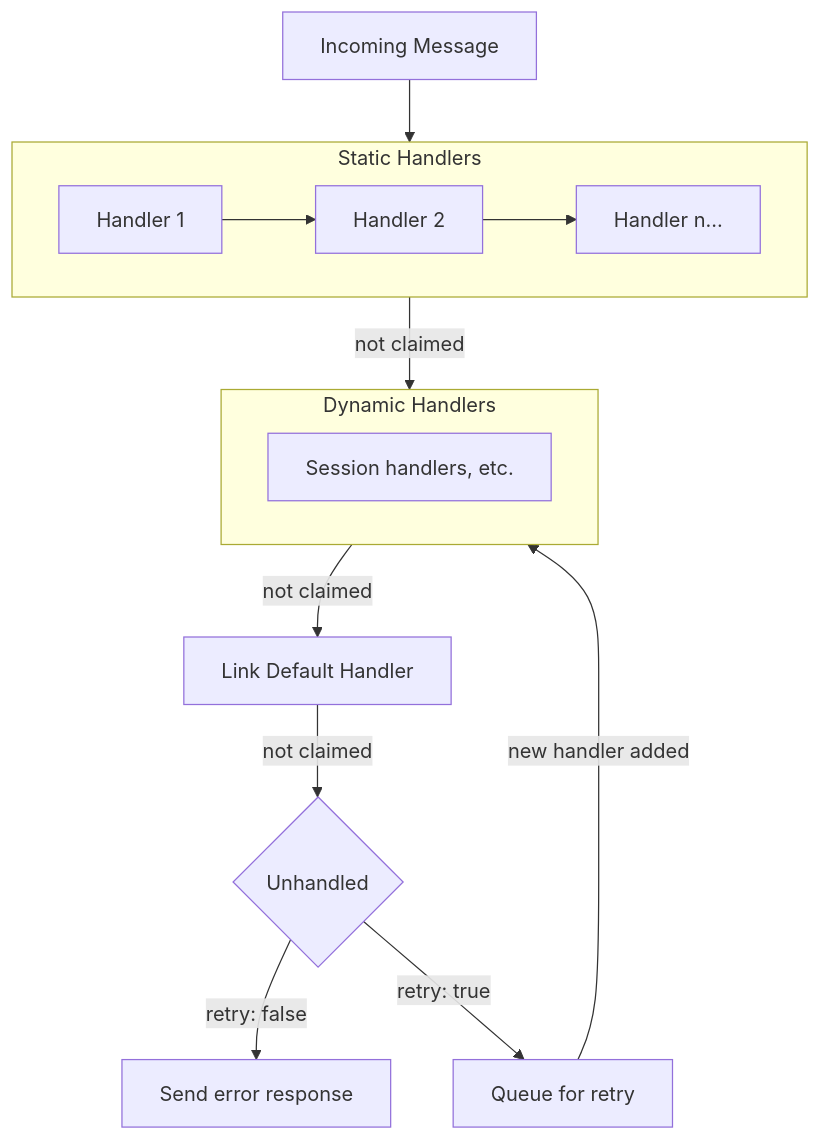
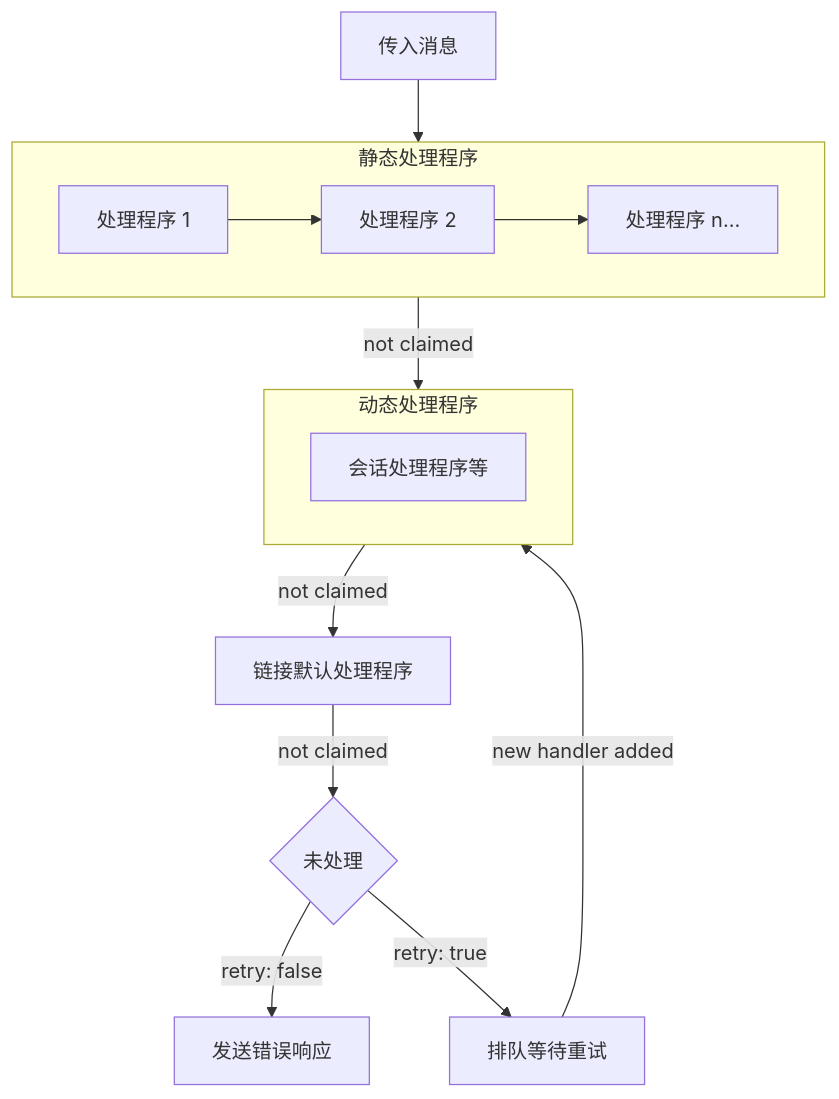
The diagram in rfds/rust-sdk-v1.mdx (cxykevin/acp-docs-cn), drawn with Mermaid before and after one commit. The commit also changed other lines of this file and 15 other files, not shown here.

````diff
--- a/rfds/rust-sdk-v1.mdx
+++ b/rfds/rust-sdk-v1.mdx
@@ -597,21 +597,21 @@
 ```mermaid
 flowchart TD
-    MSG[Incoming Message] --> STATIC
+    MSG[传入消息] --> STATIC
 
-    subgraph STATIC[Static Handlers]
-        S1[Handler 1] --> S2[Handler 2] --> S3[Handler n...]
+    subgraph STATIC[静态处理程序]
+        S1[处理程序 1] --> S2[处理程序 2] --> S3[处理程序 n...]
     end
 
     STATIC -->|not claimed| DYNAMIC
 
-    subgraph DYNAMIC[Dynamic Handlers]
-        D1[Session handlers, etc.]
+    subgraph DYNAMIC[动态处理程序]
+        D1[会话处理程序等]
     end
 
-    DYNAMIC -->|not claimed| DEFAULT[Link Default Handler]
-    DEFAULT -->|not claimed| UNHANDLED{Unhandled}
+    DYNAMIC -->|not claimed| DEFAULT[链接默认处理程序]
+    DEFAULT -->|not claimed| UNHANDLED{未处理}
 
-    UNHANDLED -->|retry: false| ERROR[Send error response]
-    UNHANDLED -->|retry: true| QUEUE[Queue for retry]
+    UNHANDLED -->|retry: false| ERROR[发送错误响应]
+    UNHANDLED -->|retry: true| QUEUE[排队等待重试]
     QUEUE -->|new handler added| DYNAMIC
 ```
````
